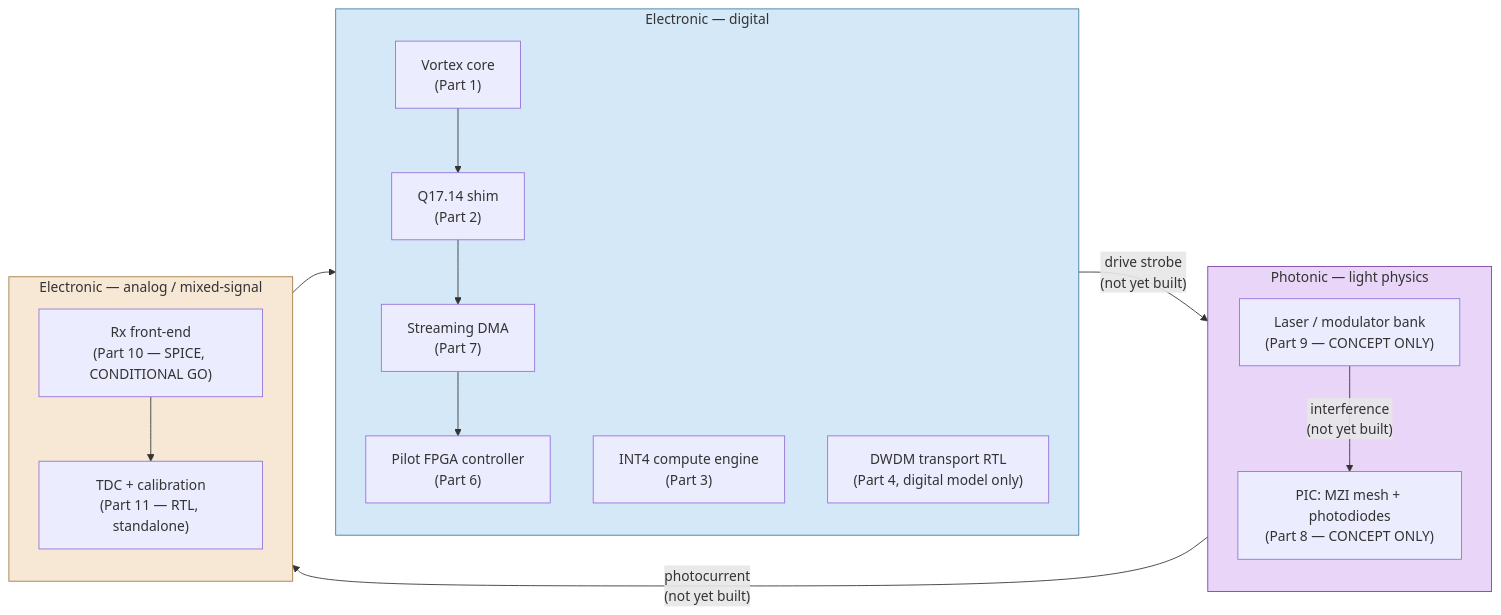
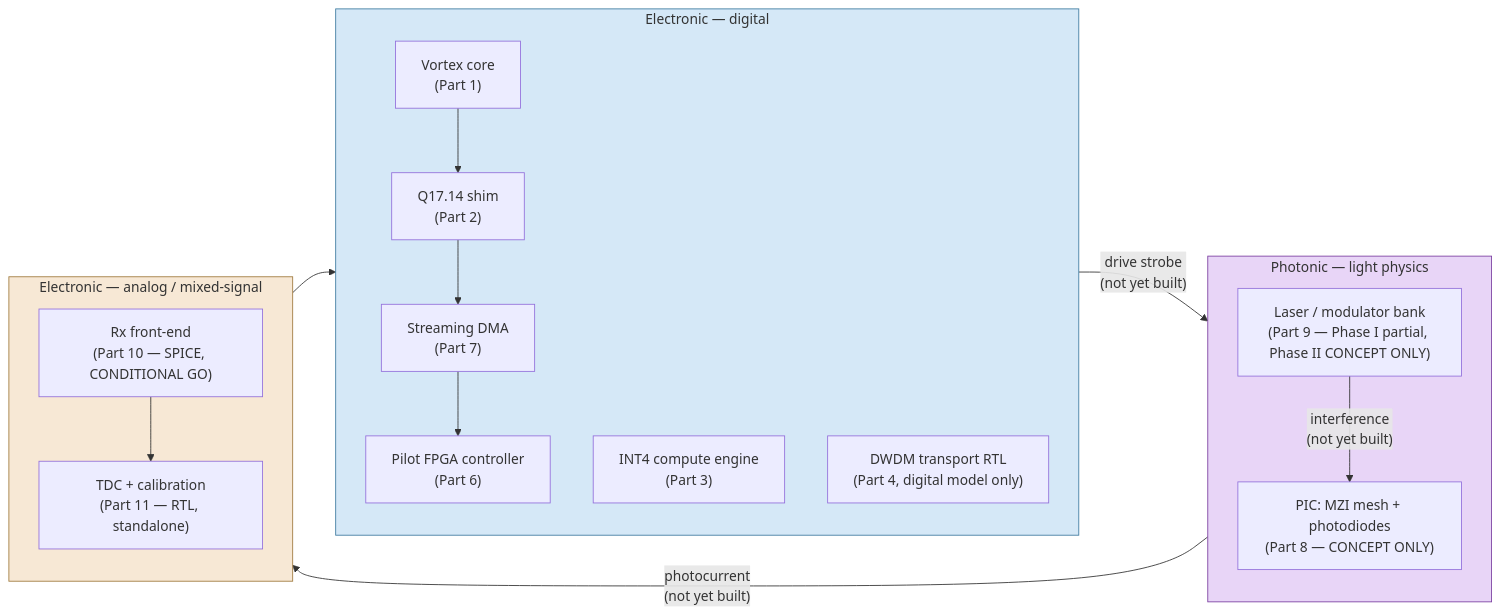
The first of 2 diagrams in appendices/silicon-and-package-detail.md (jagreen03/gcb-wiki), drawn with Mermaid before and after one commit. The commit also changed other lines of this file and 2 other files, not shown here.

````diff
--- a/appendices/silicon-and-package-detail.md
+++ b/appendices/silicon-and-package-detail.md
@@ -59,32 +59,32 @@
 ```mermaid
 flowchart LR
     subgraph Electronic["Electronic — digital"]
         direction TB
         Core["Vortex core<br/>(Part 1)"]
         Shim["Q17.14 shim<br/>(Part 2)"]
         DMA["Streaming DMA<br/>(Part 7)"]
         Pilot["Pilot FPGA controller<br/>(Part 6)"]
         Compute["INT4 compute engine<br/>(Part 3)"]
         Transport["DWDM transport RTL<br/>(Part 4, digital model only)"]
     end
     subgraph PhotonicDomain["Photonic — light physics"]
         direction TB
-        Lasers["Laser / modulator bank<br/>(Part 9 — CONCEPT ONLY)"]
+        Lasers["Laser / modulator bank<br/>(Part 9 — Phase I partial, Phase II CONCEPT ONLY)"]
         PIC["PIC: MZI mesh + photodiodes<br/>(Part 8 — CONCEPT ONLY)"]
     end
     subgraph AnalogDomain["Electronic — analog / mixed-signal"]
         direction TB
         Rx["Rx front-end<br/>(Part 10 — SPICE, CONDITIONAL GO)"]
         TDC["TDC + calibration<br/>(Part 11 — RTL, standalone)"]
     end
 
     Core --> Shim --> DMA --> Pilot
     Pilot -->|"drive strobe<br/>(not yet built)"| Lasers
     Lasers -->|"interference<br/>(not yet built)"| PIC
     PIC -->|"photocurrent<br/>(not yet built)"| Rx
     Rx --> TDC --> Pilot
 
     style PhotonicDomain fill:#e8d5f7,stroke:#7b3fa0
     style Electronic fill:#d5e8f7,stroke:#3f7ba0
     style AnalogDomain fill:#f7e8d5,stroke:#a07b3f
 ```
````
